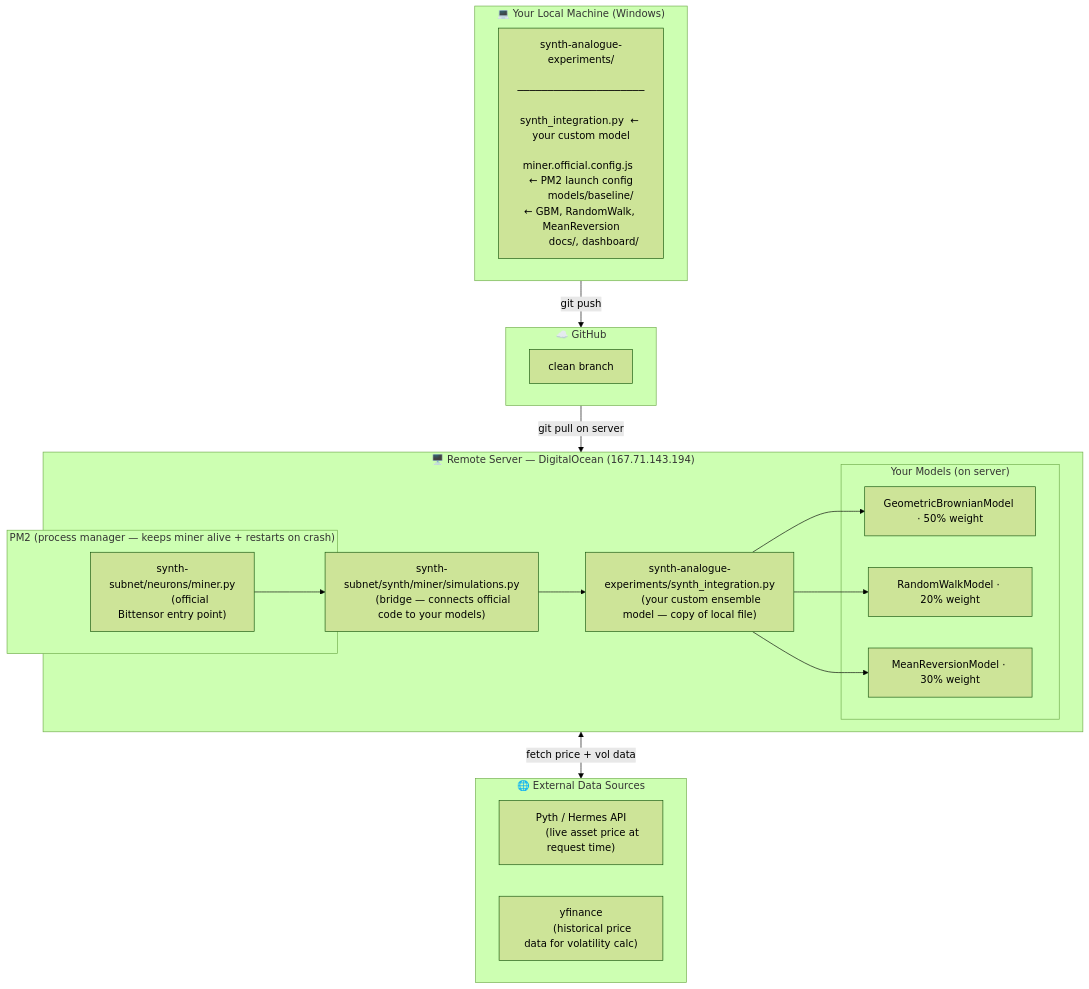
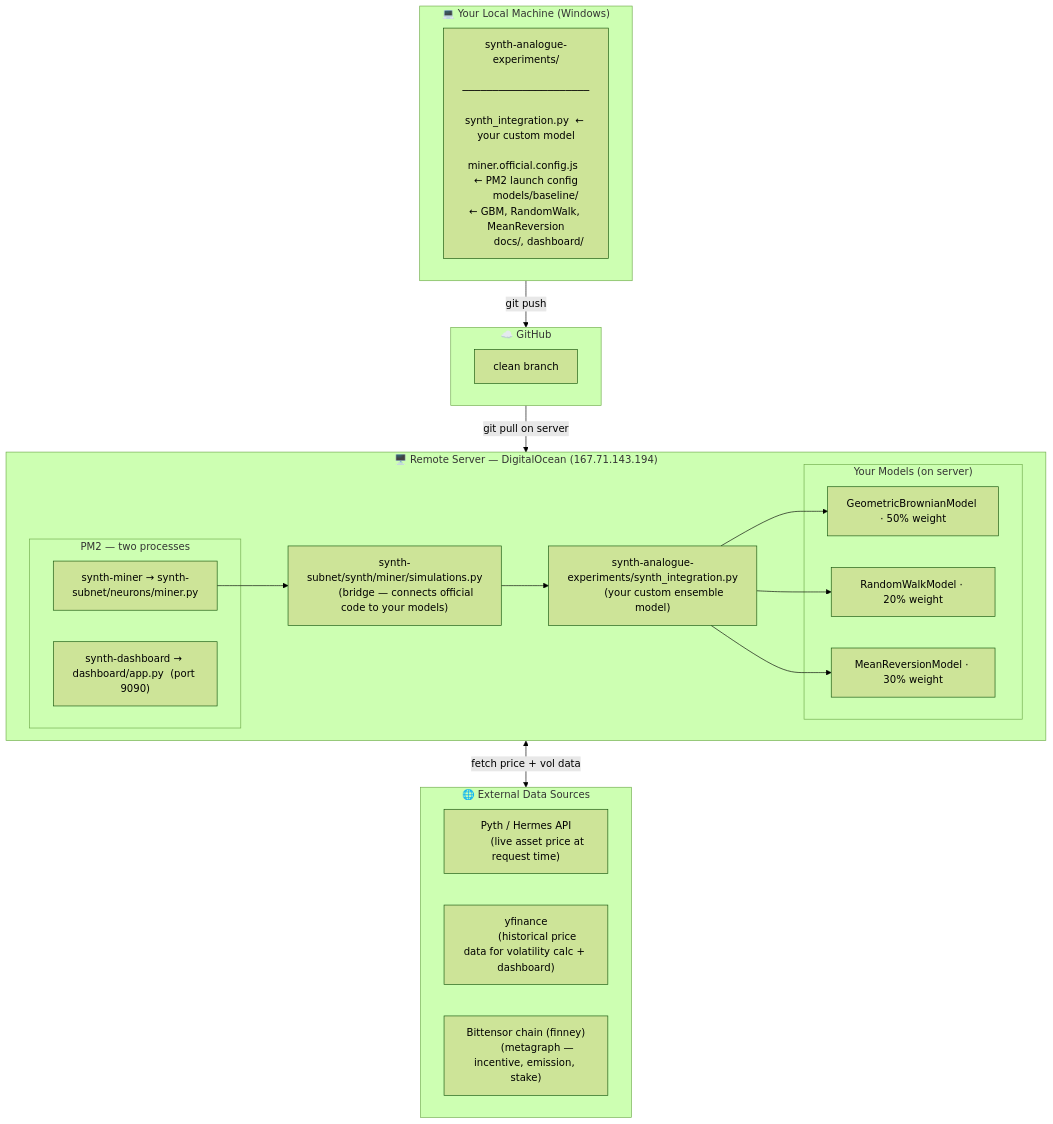
Before and after one commit to klebutt/synth-analogue-experiments: the first of 2 diagrams in docs/ARCHITECTURE.md, drawn with Mermaid (forest theme). The commit also changed other lines of this file and 30 other files, not shown here.

````diff
--- a/docs/ARCHITECTURE.md
+++ b/docs/ARCHITECTURE.md
@@ -13,45 +13,47 @@
 ```mermaid
 flowchart TB
     subgraph local ["💻 Your Local Machine (Windows)"]
         repo["synth-analogue-experiments/
         ─────────────────────
         synth_integration.py  ← your custom model
         miner.official.config.js  ← PM2 launch config
         models/baseline/  ← GBM, RandomWalk, MeanReversion
         docs/, dashboard/"]
     end
 
     subgraph github ["☁️ GitHub"]
         branch["clean branch"]
     end
 
     subgraph server ["🖥️ Remote Server — DigitalOcean (167.71.143.194)"]
-        subgraph pm2block ["PM2 (process manager — keeps miner alive + restarts on crash)"]
-            minerpy["synth-subnet/neurons/miner.py
-            (official Bittensor entry point)"]
+        subgraph pm2block ["PM2 — two processes"]
+            minerpy["synth-miner → synth-subnet/neurons/miner.py"]
+            dashpy["synth-dashboard → dashboard/app.py  (port 9090)"]
         end
         bridge["synth-subnet/synth/miner/simulations.py
         (bridge — connects official code to your models)"]
         integration["synth-analogue-experiments/synth_integration.py
-        (your custom ensemble model — copy of local file)"]
+        (your custom ensemble model)"]
         subgraph models ["Your Models (on server)"]
             gbm["GeometricBrownianModel · 50% weight"]
             rw["RandomWalkModel · 20% weight"]
             mr["MeanReversionModel · 30% weight"]
         end
         minerpy --> bridge
         bridge --> integration
         integration --> gbm & rw & mr
     end
 
     subgraph external ["🌐 External Data Sources"]
         pyth["Pyth / Hermes API
         (live asset price at request time)"]
         yfinance["yfinance
-        (historical price data for volatility calc)"]
+        (historical price data for volatility calc + dashboard)"]
+        bittensor["Bittensor chain (finney)
+        (metagraph — incentive, emission, stake)"]
     end
 
     local -->|"git push"| github
     github -->|"git pull on server"| server
     server <-->|"fetch price + vol data"| external
 ```
````
